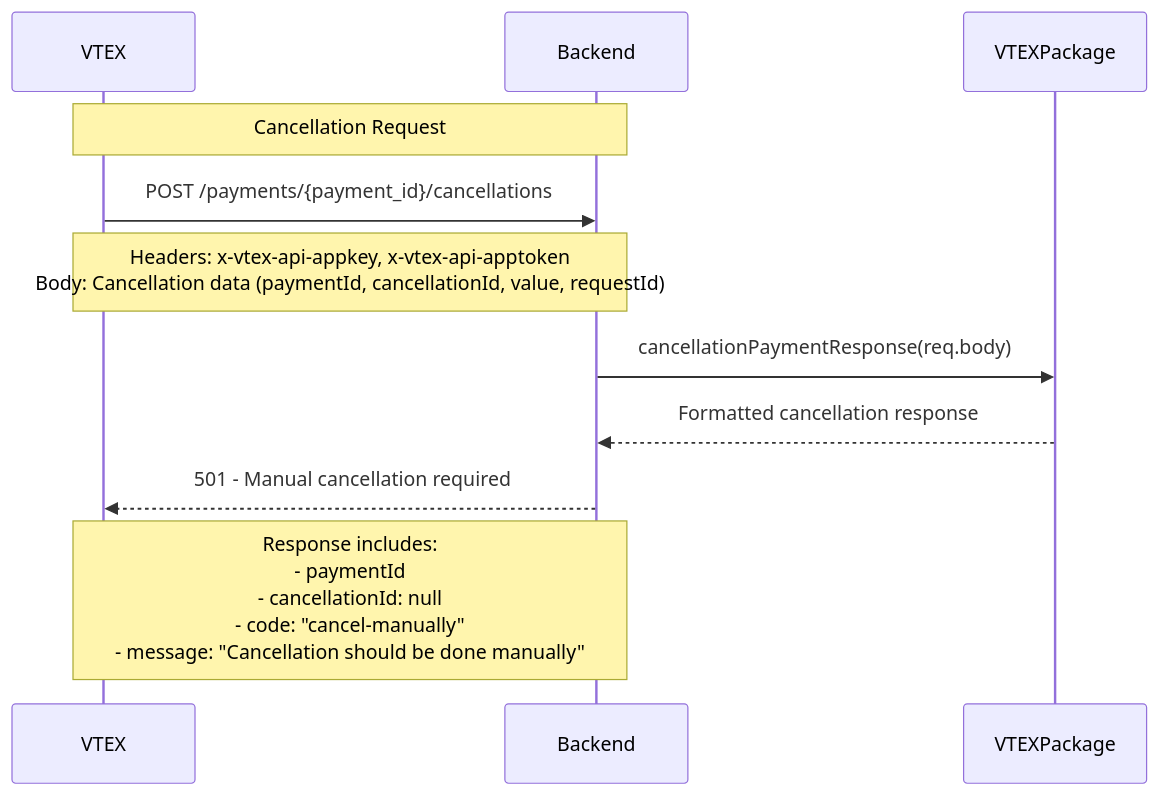
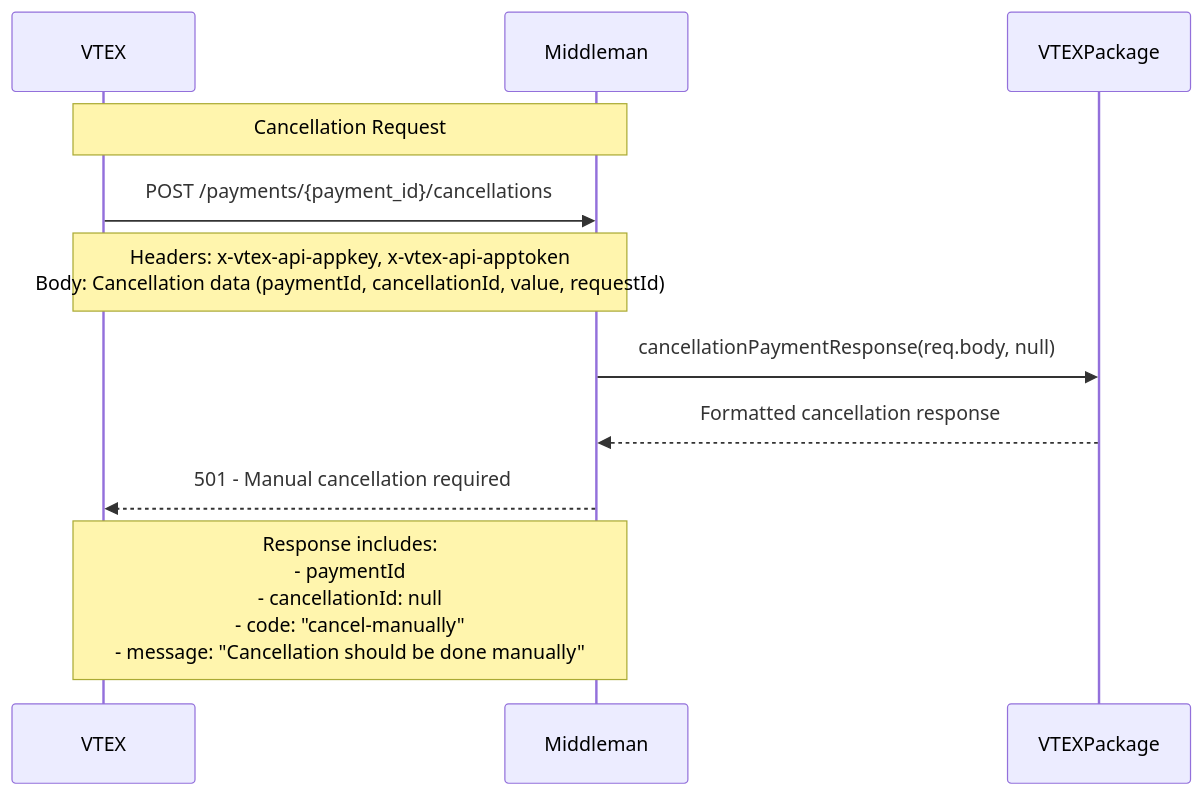
One commit to joa2pac/text-assistant-gpt changed the third of 4 diagrams in README.md. Above: the diagram before and after it, drawn with Mermaid. The commit also changed other lines of this file, not shown here.

````diff
--- a/README.md
+++ b/README.md
@@ -263,16 +289,16 @@
 ```mermaid
 sequenceDiagram
   participant VTEX
-  participant Backend
+  participant Middleman
   participant VTEXPackage
 
-  note over VTEX,Backend: Cancellation Request
-  VTEX->>Backend: POST /payments/{payment_id}/cancellations
-  Note over VTEX,Backend: Headers: x-vtex-api-appkey, x-vtex-api-apptoken<br/>Body: Cancellation data (paymentId, cancellationId, value, requestId)
+  note over VTEX,Middleman: Cancellation Request
+  VTEX->>Middleman: POST /payments/{payment_id}/cancellations
+  Note over VTEX,Middleman: Headers: x-vtex-api-appkey, x-vtex-api-apptoken<br/>Body: Cancellation data (paymentId, cancellationId, value, requestId)
 
-  Backend->>VTEXPackage: cancellationPaymentResponse(req.body)
-  VTEXPackage-->>Backend: Formatted cancellation response
+  Middleman->>VTEXPackage: cancellationPaymentResponse(req.body, null)
+  VTEXPackage-->>Middleman: Formatted cancellation response
 
-  Backend-->>VTEX: 501 - Manual cancellation required
-  Note over Backend,VTEX: Response includes:<br/>- paymentId<br/>- cancellationId: null<br/>- code: "cancel-manually"<br/>- message: "Cancellation should be done manually"
+  Middleman-->>VTEX: 501 - Manual cancellation required
+  Note over Middleman,VTEX: Response includes:<br/>- paymentId<br/>- cancellationId: null<br/>- code: "cancel-manually"<br/>- message: "Cancellation should be done manually"
 ```
````
